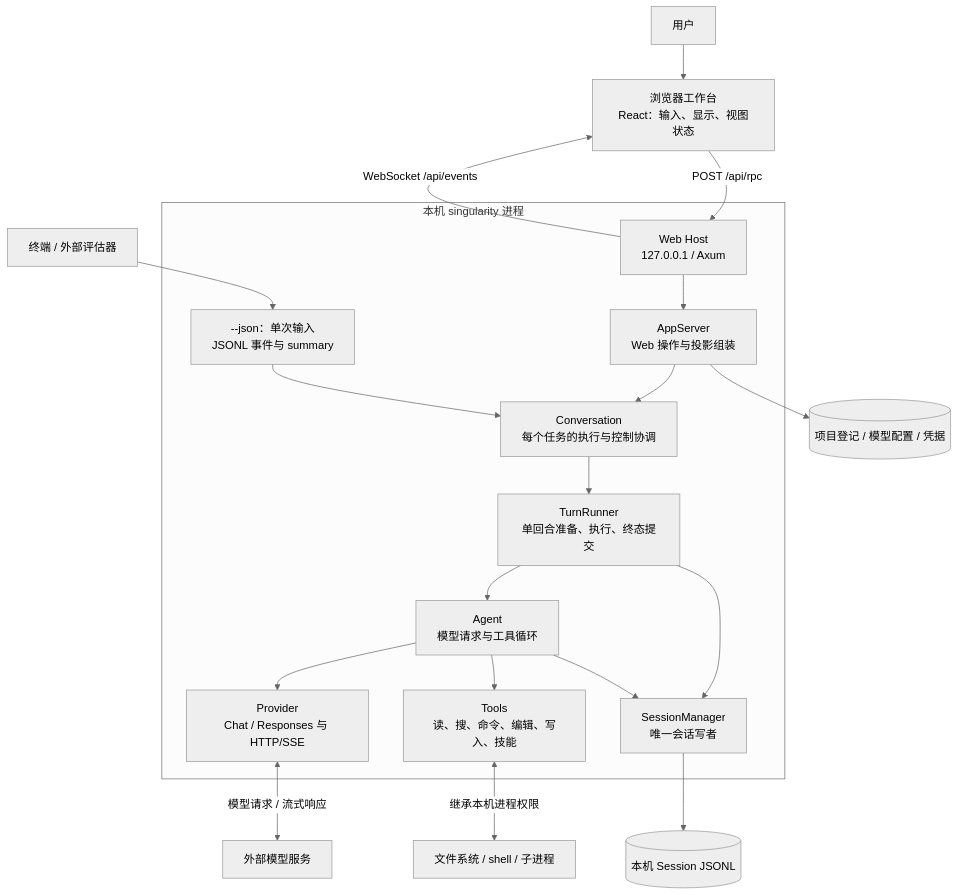
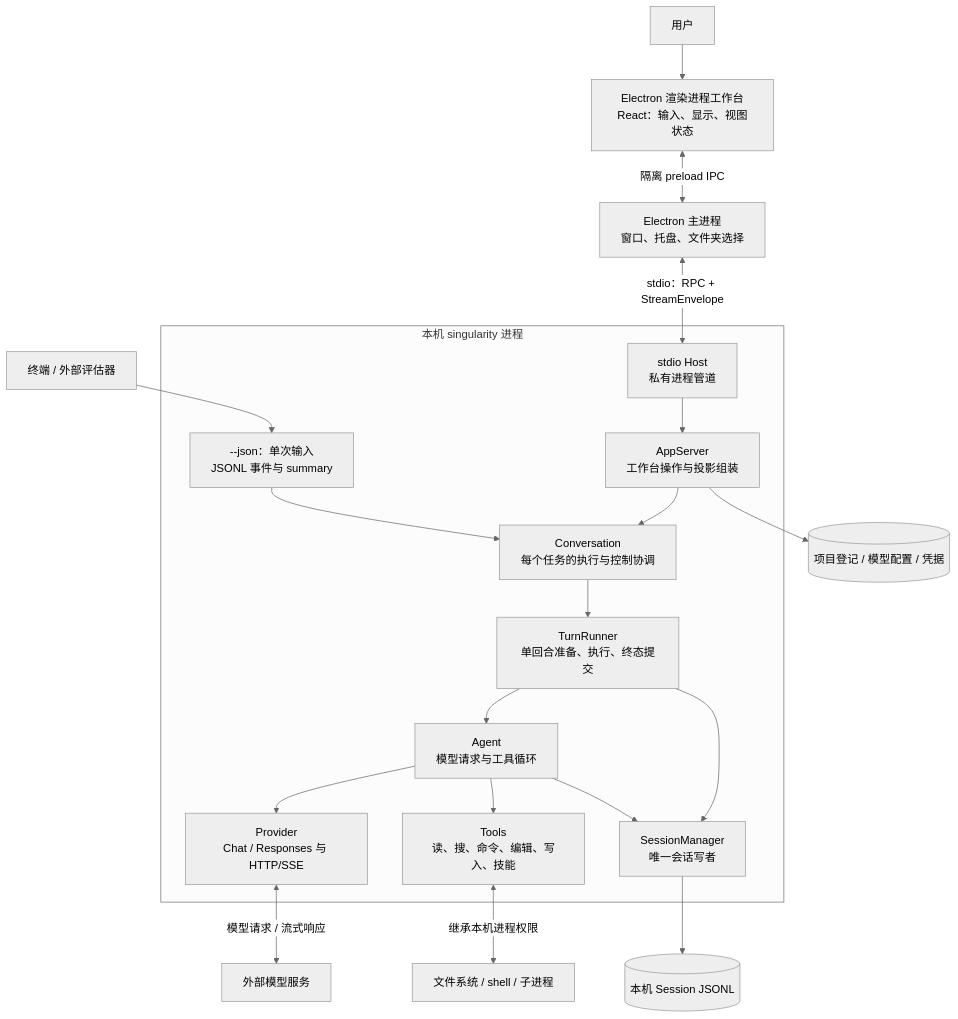
Before and after one commit to qjcnmd/singularity-agent: the first of 29 diagrams in docs/architecture.md, drawn with Mermaid (neutral theme). The commit also changed other lines of this file and 193 other files, not shown here.

````diff
--- a/docs/architecture.md
+++ b/docs/architecture.md
@@ -24,22 +24,22 @@
 ```mermaid
 flowchart TB
-    User["用户"] --> Browser["浏览器工作台<br/>React：输入、显示、视图状态"]
+    User["用户"] --> Browser["Electron 渲染进程工作台<br/>React：输入、显示、视图状态"]
     Evaluator["终端 / 外部评估器"] --> Json["--json：单次输入<br/>JSONL 事件与 summary"]
     subgraph Process["本机 singularity 进程"]
-        Host["Web Host<br/>127.0.0.1 / Axum"] --> WB["AppServer<br/>Web 操作与投影组装"]
+        Host["stdio Host<br/>私有进程管道"] --> WB["AppServer<br/>工作台操作与投影组装"]
         WB --> Conversation["Conversation<br/>每个任务的执行与控制协调"]
         Json --> Conversation
         Conversation --> Runner["TurnRunner<br/>单回合准备、执行、终态提交"]
         Runner --> Agent["Agent<br/>模型请求与工具循环"]
         Agent --> Provider["Provider<br/>Chat / Responses 与 HTTP/SSE"]
         Agent --> Tools["Tools<br/>读、搜、命令、编辑、写入、技能"]
         Runner --> Session["SessionManager<br/>唯一会话写者"]
         Agent --> Session
     end
-    Browser -->|"POST /api/rpc"| Host
-    Host -->|"WebSocket /api/events"| Browser
+    Browser <-->|"隔离 preload IPC"| Electron["Electron 主进程<br/>窗口、托盘、文件夹选择"]
+    Electron <-->|"stdio：RPC + StreamEnvelope"| Host
     Provider <-->|"模型请求 / 流式响应"| API["外部模型服务"]
     Tools <-->|"继承本机进程权限"| Machine["文件系统 / shell / 子进程"]
     Session --> Ledger[("本机 Session JSONL")]
     WB --> Config[("项目登记 / 模型配置 / 凭据")]
 ```
````
